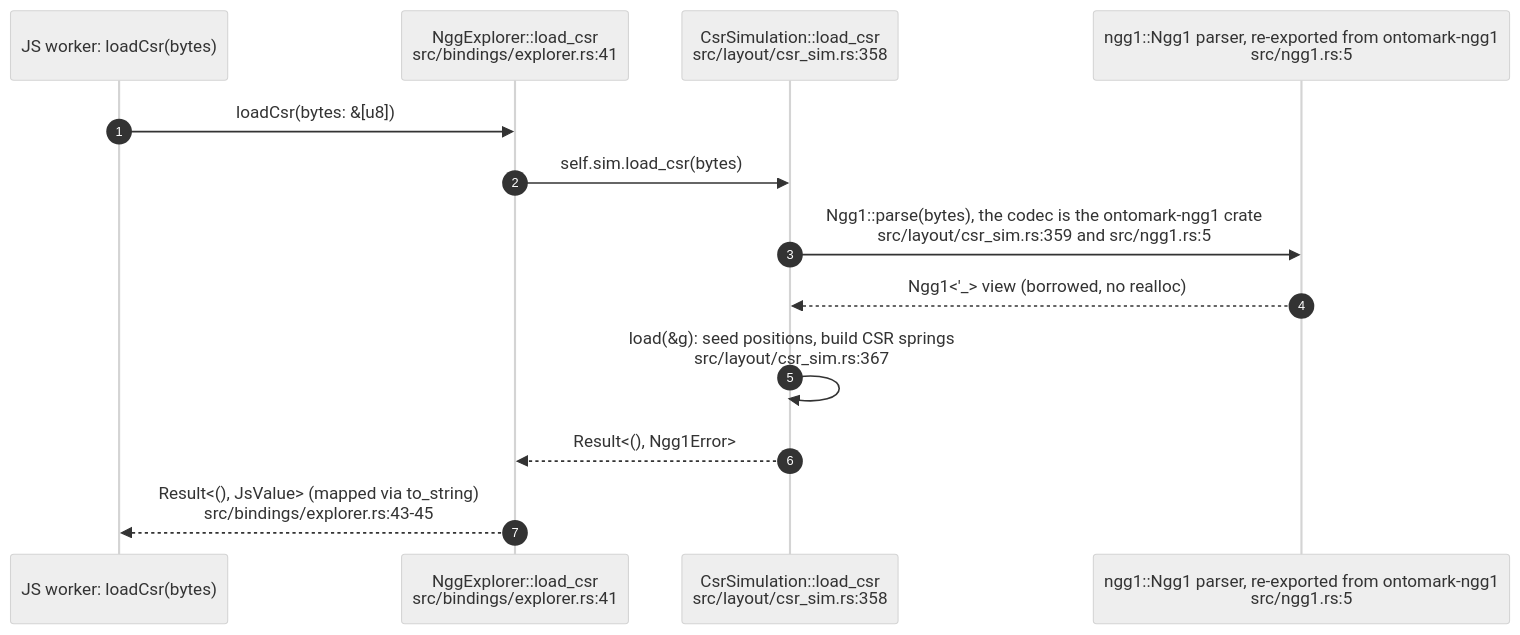
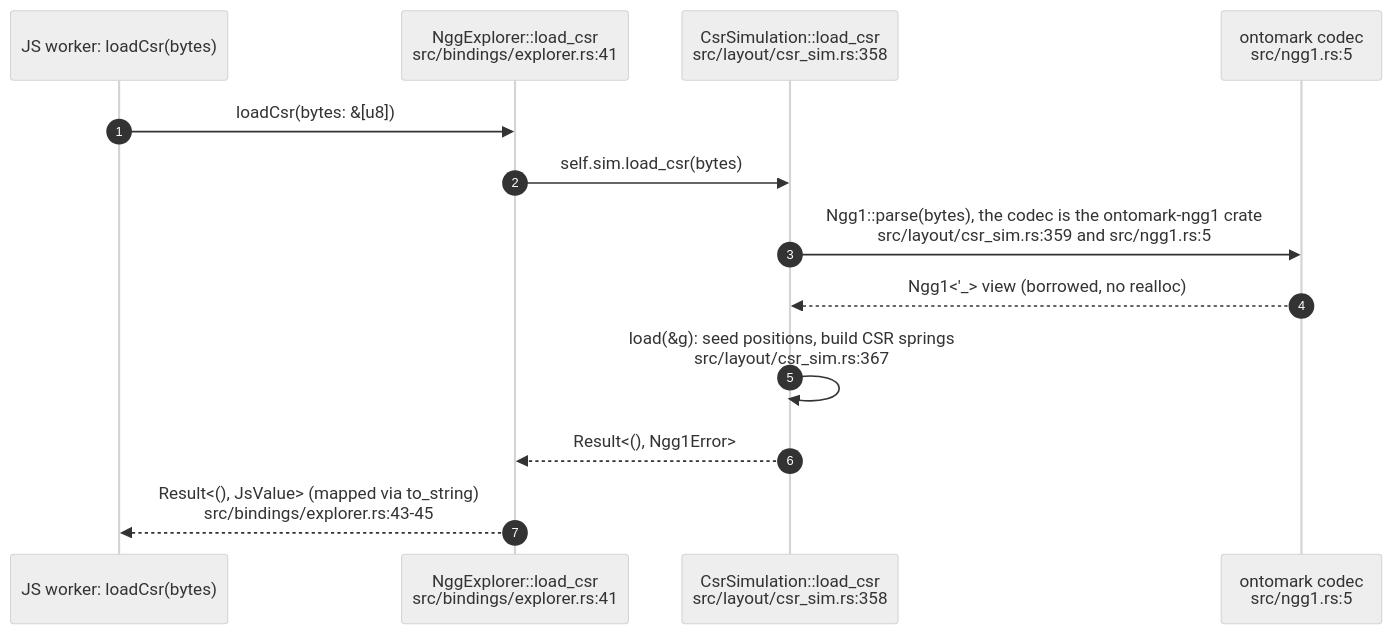
One commit to DreamLab-AI/VisionFlow changed the sixth of 9 diagrams in docs/diagrams/vowl-wasm/03-force-layout-lifecycle.md. Above: the diagram before and after it, drawn with Mermaid (neutral theme). The commit also changed other lines of this file and 27 other files, not shown here.

````diff
--- a/docs/diagrams/vowl-wasm/03-force-layout-lifecycle.md
+++ b/docs/diagrams/vowl-wasm/03-force-layout-lifecycle.md
@@ -119,15 +122,15 @@
 ```mermaid
 sequenceDiagram
     autonumber
     participant JS as JS worker: loadCsr(bytes)
     participant NX as NggExplorer::load_csr<br/>src/bindings/explorer.rs:41
     participant CS as CsrSimulation::load_csr<br/>src/layout/csr_sim.rs:358
-    participant N1 as ngg1::Ngg1 parser, re-exported from ontomark-ngg1<br/>src/ngg1.rs:5
+    participant N1 as ontomark codec<br/>src/ngg1.rs:5
     JS->>NX: loadCsr(bytes: &[u8])
     NX->>CS: self.sim.load_csr(bytes)
     CS->>N1: Ngg1::parse(bytes), the codec is the ontomark-ngg1 crate<br/>src/layout/csr_sim.rs:359 and src/ngg1.rs:5
     N1-->>CS: Ngg1<'_> view (borrowed, no realloc)
     CS->>CS: load(&g): seed positions, build CSR springs<br/>src/layout/csr_sim.rs:367
     CS-->>NX: Result<(), Ngg1Error>
     NX-->>JS: Result<(), JsValue> (mapped via to_string)<br/>src/bindings/explorer.rs:43-45
 ```
````
